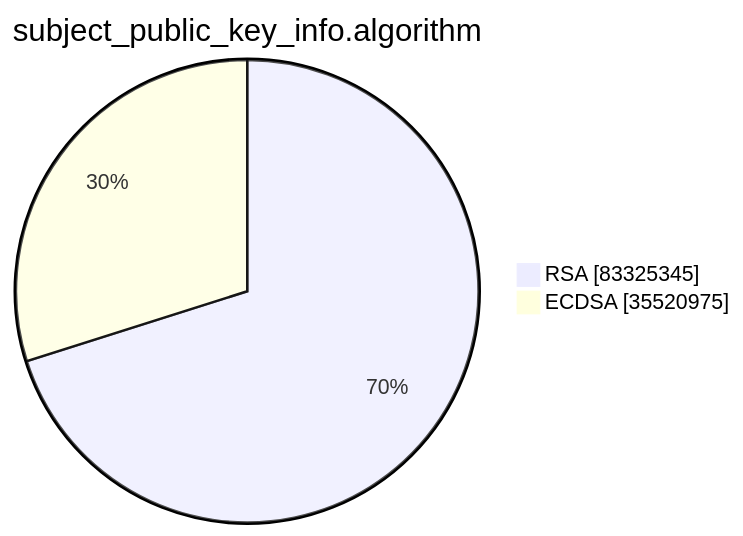
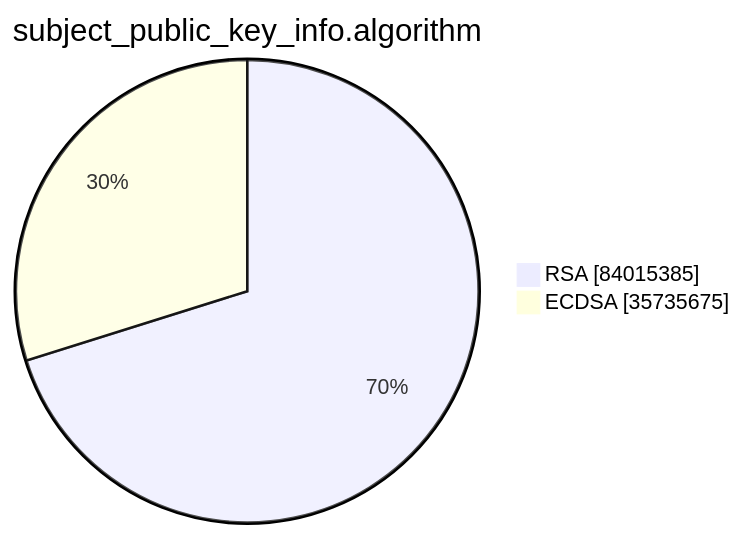
The second of 15 diagrams in argon2023/README.md (christiankrug/ctmonitor_visualization), drawn with Mermaid before and after one commit. The commit also changed other lines of this file, not shown here.

````diff
--- a/argon2023/README.md
+++ b/argon2023/README.md
@@ -6,6 +6,6 @@
 ```mermaid
 pie showData
 title subject_public_key_info.algorithm
-"RSA" :83325345
-"ECDSA" :35520975
+"RSA" :84015385
+"ECDSA" :35735675
 ```
````
